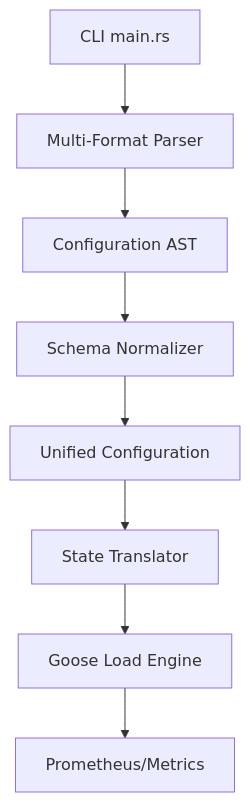
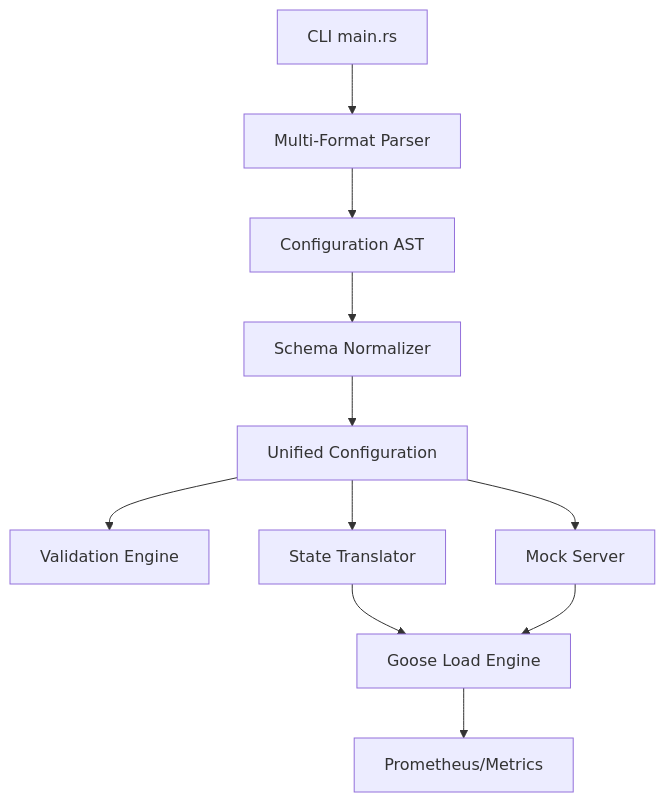
The diagram in docs/architecture.md (py-centric/bzt-rs), drawn with Mermaid before and after one commit. The commit also changed other lines of this file and 15 other files, not shown here.

Commit message:
docs: update documentation for dry-run and mock server

````diff
--- a/docs/architecture.md
+++ b/docs/architecture.md
@@ -3,10 +3,15 @@
 ```mermaid
 graph TD
     CLI[CLI main.rs] --> Parser[Multi-Format Parser]
     Parser --> AST[Configuration AST]
     AST --> Normalizer[Schema Normalizer]
     Normalizer --> UnifiedAST[Unified Configuration]
+    
+    UnifiedAST --> Validation[Validation Engine]
+    UnifiedAST --> Mock[Mock Server]
     UnifiedAST --> Translator[State Translator]
+    
     Translator --> Goose[Goose Load Engine]
     Goose --> Metrics[Prometheus/Metrics]
+    Mock --> Goose
 ```
````
